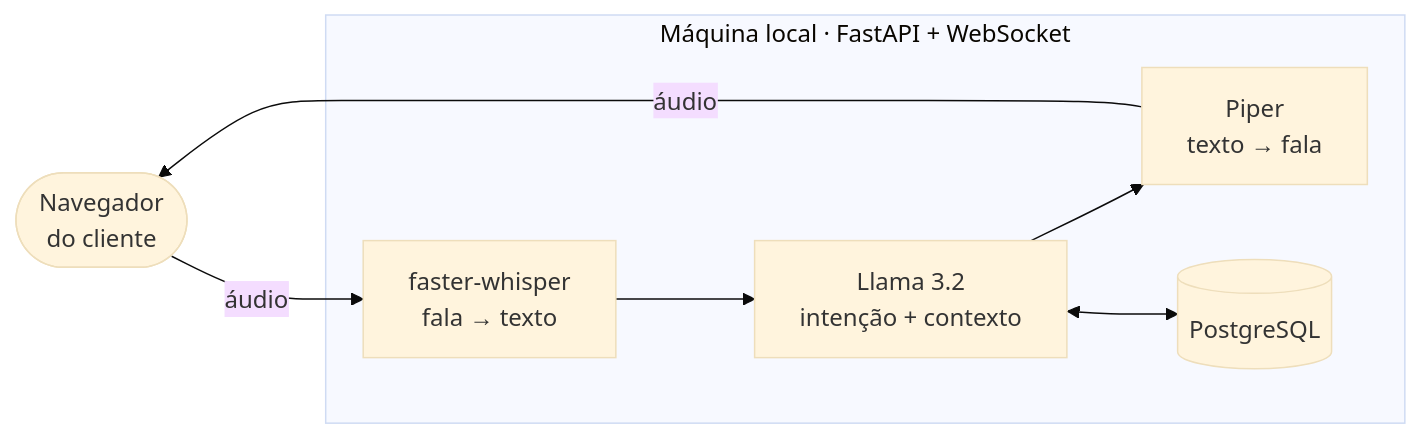
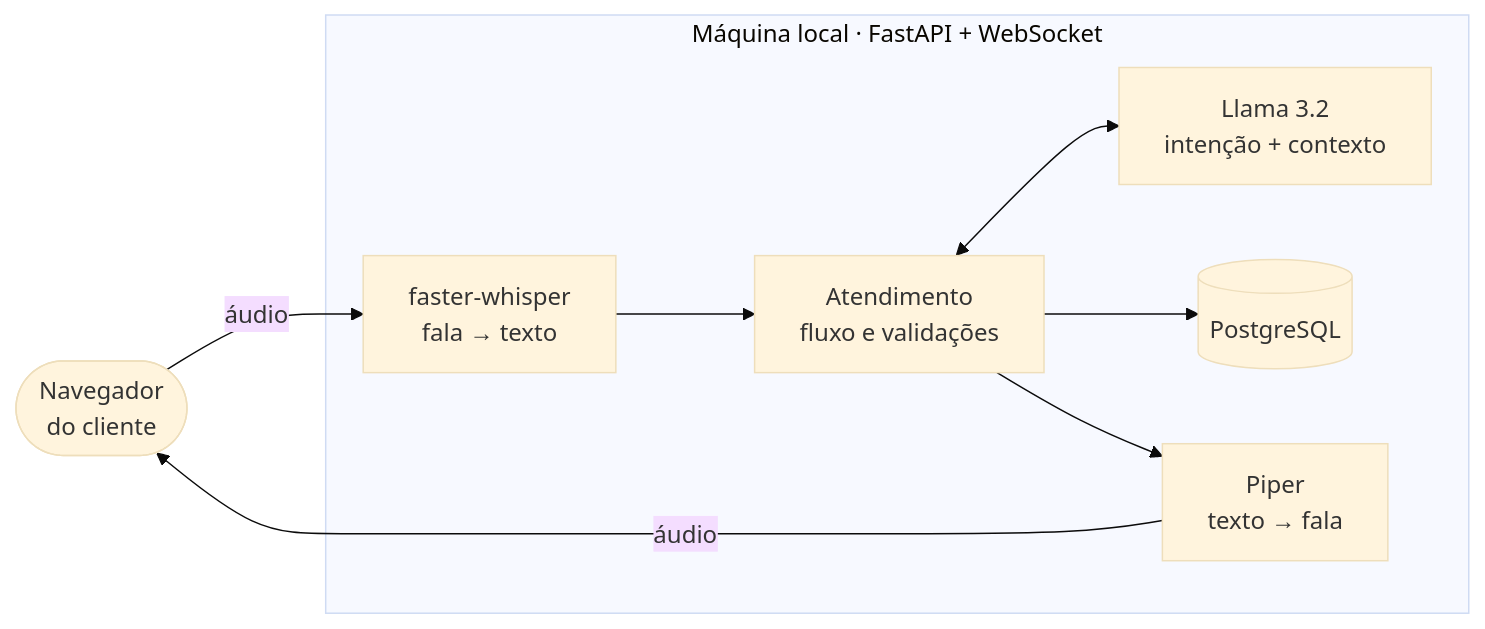
Before and after one commit to RafssRv/PI_VI_TIME10: the diagram in README.md, drawn with Mermaid (base theme). The commit also changed other lines of this file, not shown here.

````diff
--- a/README.md
+++ b/README.md
@@ -50,12 +37,15 @@
 ```mermaid
 flowchart LR
     nav(["Navegador<br/>do cliente"])
     subgraph srv["Máquina local · FastAPI + WebSocket"]
         stt["faster-whisper<br/>fala → texto"]
+        atendimento["Atendimento<br/>fluxo e validações"]
         llm["Llama 3.2<br/>intenção + contexto"]
         tts["Piper<br/>texto → fala"]
         db[("PostgreSQL")]
     end
-    nav -- "áudio" --> stt --> llm --> tts -- "áudio" --> nav
-    llm <--> db
+    nav -- "áudio" --> stt --> atendimento
+    atendimento <--> llm
+    atendimento --> db
+    atendimento --> tts -- "áudio" --> nav
 ```
````
